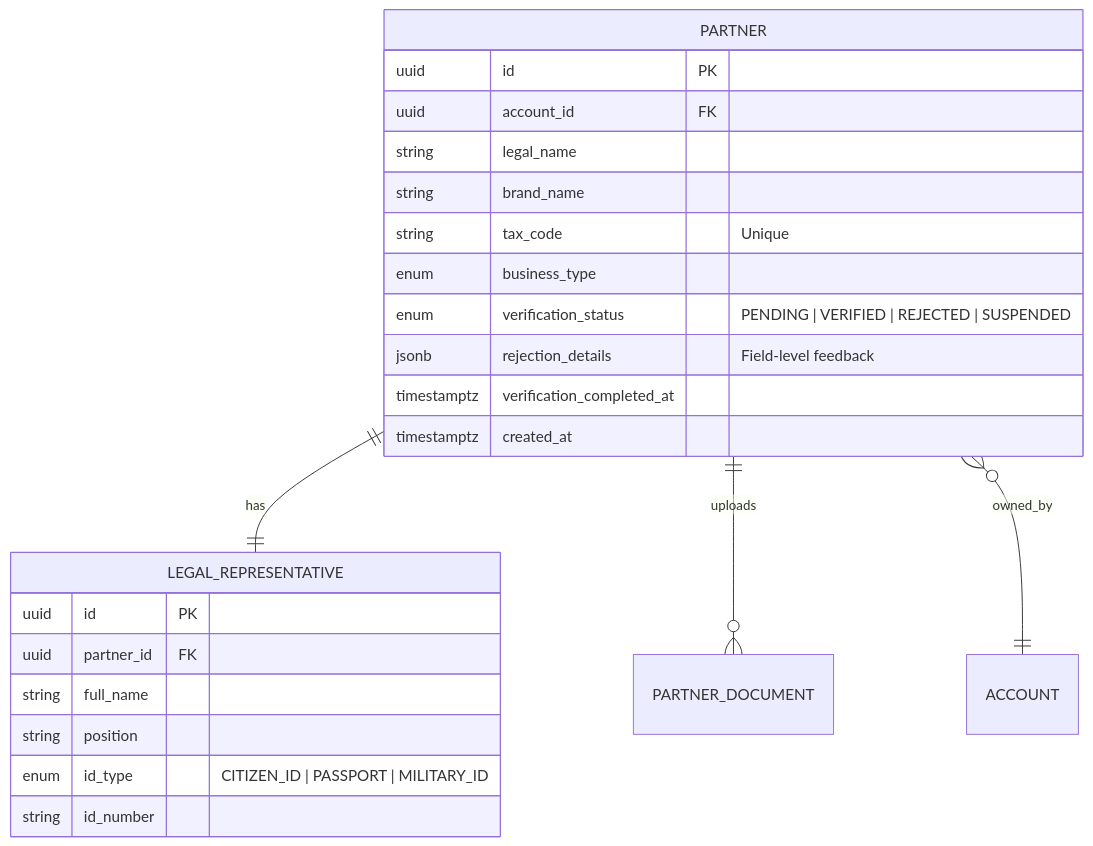
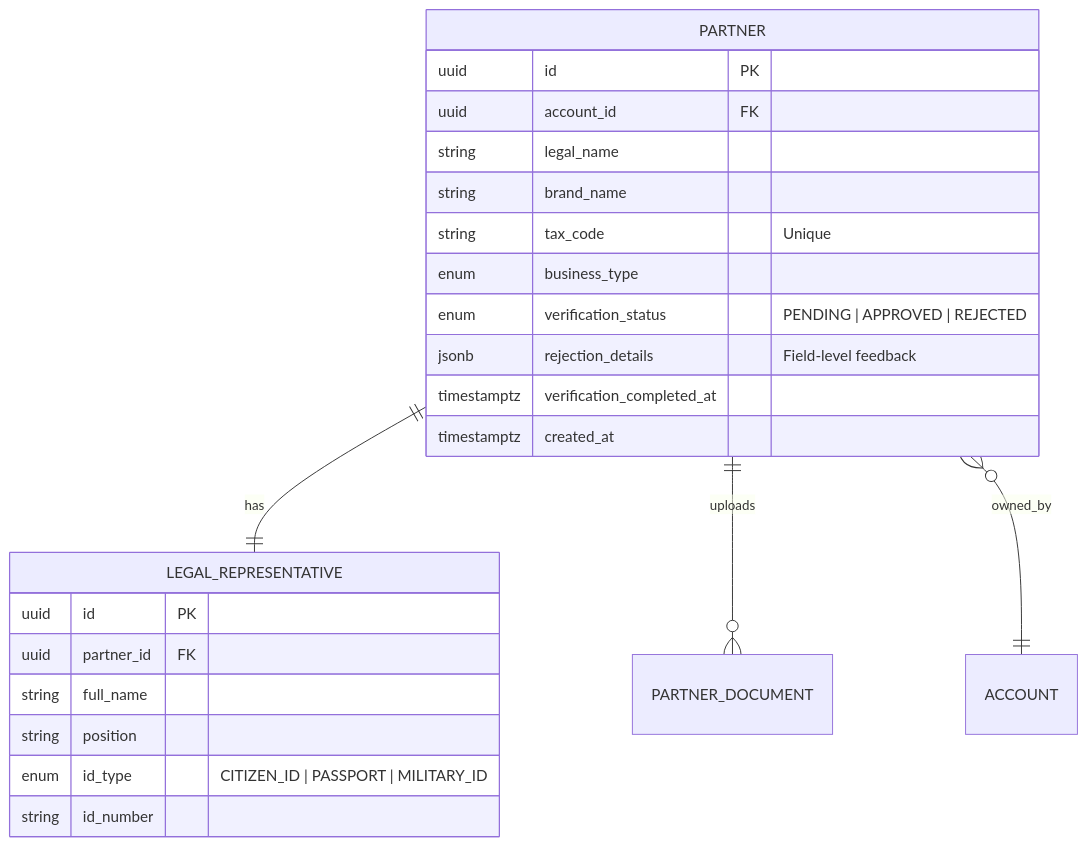
One commit to phatngti/Healytics changed the second of 2 diagrams in backend/docs/admin-partners.md. Above: the diagram before and after it, drawn with Mermaid. The commit also changed other lines of this file and 1 other file, not shown here.

````diff
--- a/backend/docs/admin-partners.md
+++ b/backend/docs/admin-partners.md
@@ -43,28 +41,28 @@
 ```mermaid
 erDiagram
     PARTNER ||--|| LEGAL_REPRESENTATIVE : "has"
     PARTNER ||--o{ PARTNER_DOCUMENT : "uploads"
     PARTNER }o--|| ACCOUNT : "owned_by"
 
     PARTNER {
         uuid id PK
         uuid account_id FK
         string legal_name
         string brand_name
         string tax_code "Unique"
         enum business_type
-        enum verification_status "PENDING | VERIFIED | REJECTED | SUSPENDED"
+        enum verification_status "PENDING | APPROVED | REJECTED"
         jsonb rejection_details "Field-level feedback"
         timestamptz verification_completed_at
         timestamptz created_at
     }
 
     LEGAL_REPRESENTATIVE {
         uuid id PK
         uuid partner_id FK
         string full_name
         string position
         enum id_type "CITIZEN_ID | PASSPORT | MILITARY_ID"
         string id_number
     }
 ```
````
